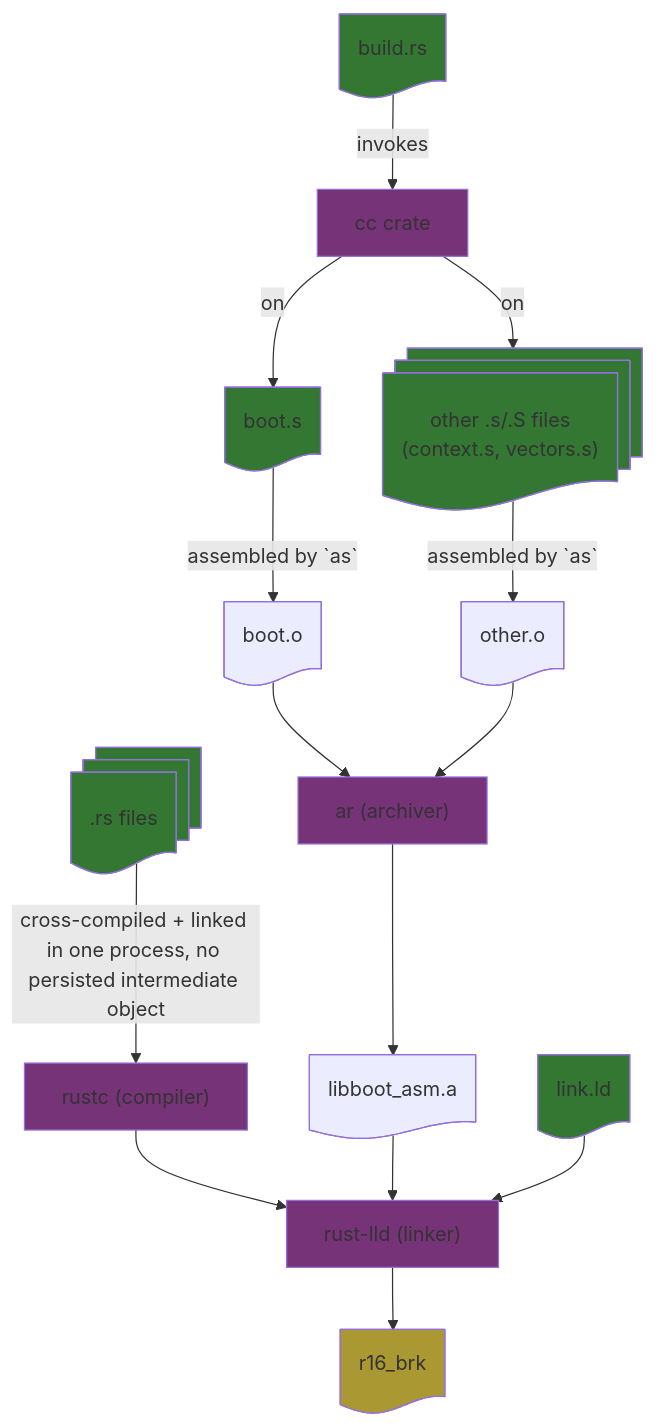
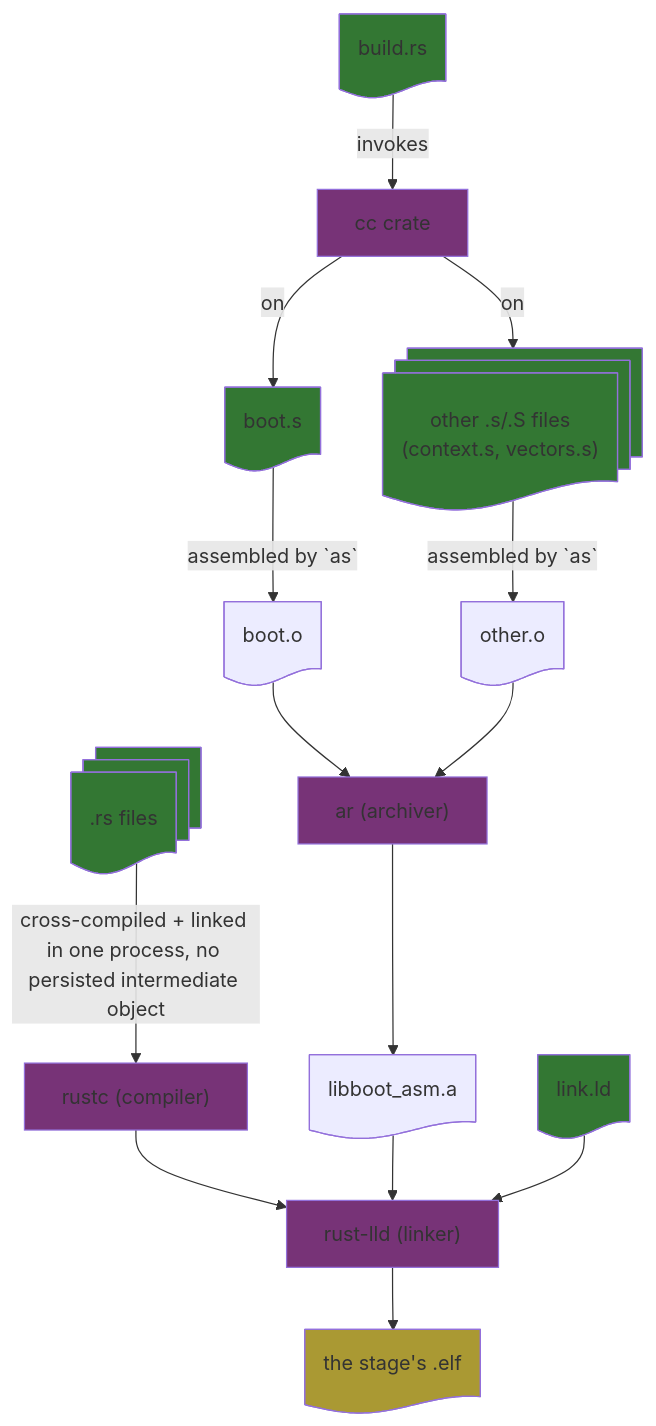
One commit to yinchi/qemu_lab changed the diagram in rust/docs/build_sequence.md. Above: the diagram before and after it, drawn with Mermaid. The commit also changed other lines of this file and 10 other files, not shown here.

````diff
--- a/rust/docs/build_sequence.md
+++ b/rust/docs/build_sequence.md
@@ -3,45 +3,45 @@
 ```mermaid
 graph TD;
     cc@{shape: proc, label: "cc crate"}
     ar@{shape: proc, label: "ar (archiver)"}
     rust-lld@{shape: proc, label: "rust-lld (linker)"}
     rustc@{shape: proc, label: "rustc (compiler)"}
 
     style cc fill:#737
     style ar fill:#737
     style rust-lld fill:#737
     style rustc fill:#737
 
     build.rs@{shape: doc}
     style build.rs fill:#373
 
     boot.s@{shape: doc}
     other.S@{shape: docs, label: "other .s/.S files<br/>(context.s, vectors.s)"}
     style boot.s fill:#373
     style other.S fill:#373
 
     boot.o@{shape: doc}
     other.o@{shape: doc}
     libboot_asm.a@{shape: doc}
     main.rs@{shape: docs, label: ".rs files"}
     style main.rs fill:#373
     link.ld@{shape: doc}
     style link.ld fill:#373
-    r16_brk@{shape: doc}
-    style r16_brk fill:#a93
+    kernel@{shape: doc, label: "the stage's .elf"}
+    style kernel fill:#a93
 
     build.rs -- "invokes" --> cc -- "on" --> boot.s
     cc -- "on" --> other.S
 
     boot.s -- assembled by `as` --> boot.o
     other.S -- assembled by `as` --> other.o
 
     boot.o --> ar
     other.o --> ar --> libboot_asm.a
 
     main.rs -- "cross-compiled + linked in one process, no persisted intermediate object" --> rustc --> rust-lld
     libboot_asm.a --> rust-lld
     link.ld --> rust-lld
 
-    rust-lld --> r16_brk
+    rust-lld --> kernel
 ```
````
